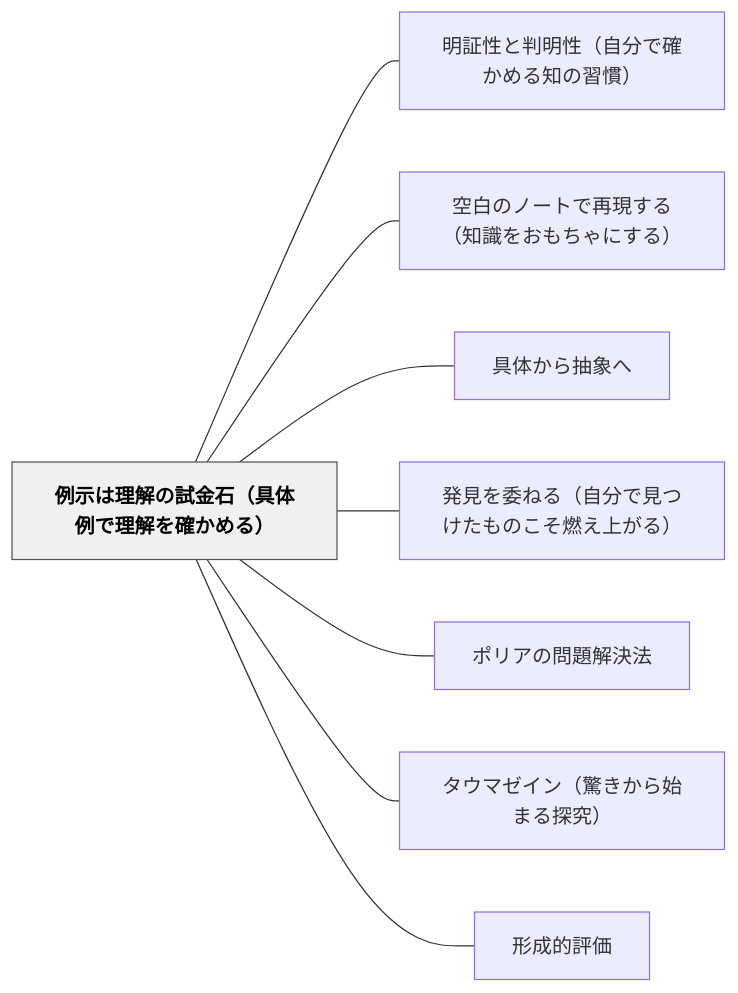
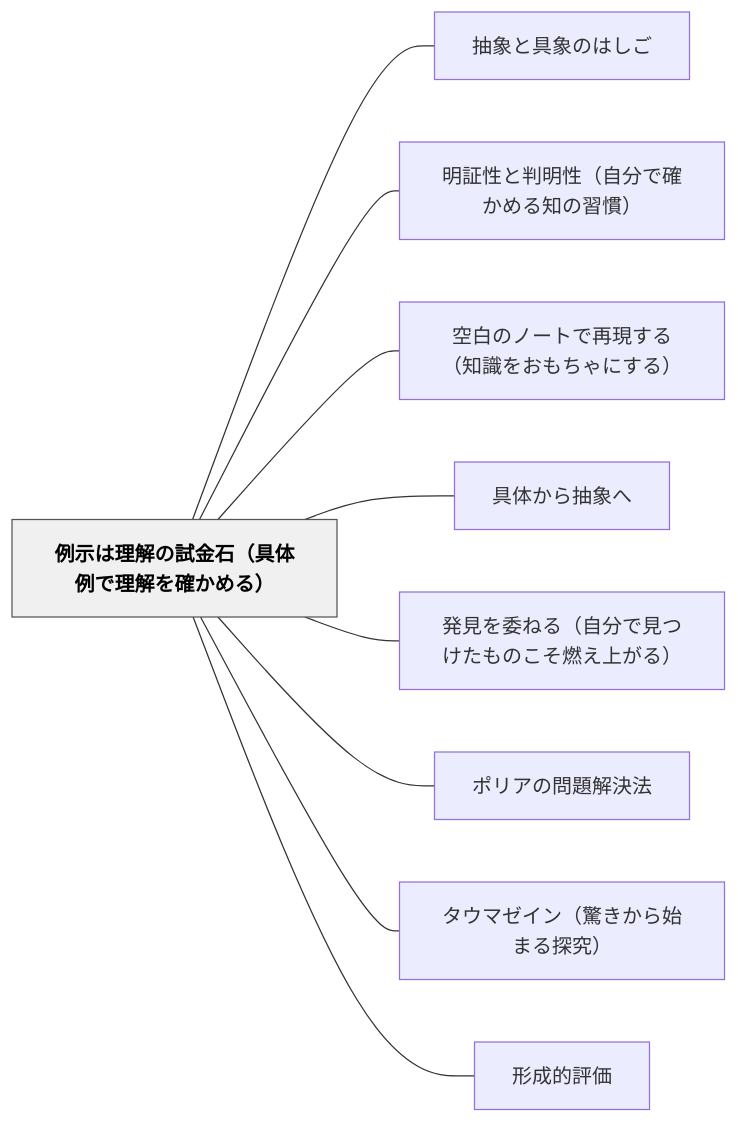
Before and after one commit to unknownthings-ed-patterns/unknownthings-ed-patterns: the diagram in content/パタン/例示は理解の試金石（具体例で理解を確かめる）.md, drawn with Mermaid. The commit also changed other lines of this file and 185 other files, not shown here.

````diff
--- a/content/パタン/例示は理解の試金石（具体例で理解を確かめる）.md
+++ b/content/パタン/例示は理解の試金石（具体例で理解を確かめる）.md
@@ -137,22 +138,24 @@
 ```mermaid
 flowchart LR
     ne4be8be7a4bae381afe79086e8a7a3e381aee8a9a6e98791e79fb3efbc88e585b7e4bd93e4be8be381a7e79086e8a7a3e38292e7a2bae3818be38281e3828befbc89["例示は理解の試金石（具体例で理解を確かめる）"]
+    ne68abde8b1a1e381a8e585b7e8b1a1e381aee381afe38197e38194["抽象と具象のはしご"]
     ne6988ee8a8bce680a7e381a8e588a4e6988ee680a7efbc88e887aae58886e381a7e7a2bae3818be38281e3828be79fa5e381aee7bf92e685a3efbc89["明証性と判明性（自分で確かめる知の習慣）"]
     ne7a9bae799bde381aee3838ee383bce38388e381a7e5868de78fbee38199e3828befbc88e79fa5e8ad98e38292e3818ae38282e381a1e38283e381abe38199e3828befbc89["空白のノートで再現する（知識をおもちゃにする）"]
     ne585b7e4bd93e3818be38289e68abde8b1a1e381b8["具体から抽象へ"]
     ne799bae8a68be38292e5a794e381ade3828befbc88e887aae58886e381a7e8a68be381a4e38191e3819fe38282e381aee38193e3819de78783e38188e4b88ae3818ce3828befbc89["発見を委ねる（自分で見つけたものこそ燃え上がる）"]
     ne3839de383aae382a2e381aee5958fe9a18ce8a7a3e6b1bae6b395["ポリアの問題解決法"]
     ne382bfe382a6e3839ee382bce382a4e383b3efbc88e9a99ae3818de3818be38289e5a78be381bee3828be68ea2e7a9b6efbc89["タウマゼイン（驚きから始まる探究）"]
     ne5bda2e68890e79a84e8a995e4bea1["形成的評価"]
 
+    ne4be8be7a4bae381afe79086e8a7a3e381aee8a9a6e98791e79fb3efbc88e585b7e4bd93e4be8be381a7e79086e8a7a3e38292e7a2bae3818be38281e3828befbc89 --- ne68abde8b1a1e381a8e585b7e8b1a1e381aee381afe38197e38194
     ne4be8be7a4bae381afe79086e8a7a3e381aee8a9a6e98791e79fb3efbc88e585b7e4bd93e4be8be381a7e79086e8a7a3e38292e7a2bae3818be38281e3828befbc89 --- ne6988ee8a8bce680a7e381a8e588a4e6988ee680a7efbc88e887aae58886e381a7e7a2bae3818be38281e3828be79fa5e381aee7bf92e685a3efbc89
     ne4be8be7a4bae381afe79086e8a7a3e381aee8a9a6e98791e79fb3efbc88e585b7e4bd93e4be8be381a7e79086e8a7a3e38292e7a2bae3818be38281e3828befbc89 --- ne7a9bae799bde381aee3838ee383bce38388e381a7e5868de78fbee38199e3828befbc88e79fa5e8ad98e38292e3818ae38282e381a1e38283e381abe38199e3828befbc89
     ne4be8be7a4bae381afe79086e8a7a3e381aee8a9a6e98791e79fb3efbc88e585b7e4bd93e4be8be381a7e79086e8a7a3e38292e7a2bae3818be38281e3828befbc89 --- ne585b7e4bd93e3818be38289e68abde8b1a1e381b8
     ne4be8be7a4bae381afe79086e8a7a3e381aee8a9a6e98791e79fb3efbc88e585b7e4bd93e4be8be381a7e79086e8a7a3e38292e7a2bae3818be38281e3828befbc89 --- ne799bae8a68be38292e5a794e381ade3828befbc88e887aae58886e381a7e8a68be381a4e38191e3819fe38282e381aee38193e3819de78783e38188e4b88ae3818ce3828befbc89
     ne4be8be7a4bae381afe79086e8a7a3e381aee8a9a6e98791e79fb3efbc88e585b7e4bd93e4be8be381a7e79086e8a7a3e38292e7a2bae3818be38281e3828befbc89 --- ne3839de383aae382a2e381aee5958fe9a18ce8a7a3e6b1bae6b395
     ne4be8be7a4bae381afe79086e8a7a3e381aee8a9a6e98791e79fb3efbc88e585b7e4bd93e4be8be381a7e79086e8a7a3e38292e7a2bae3818be38281e3828befbc89 --- ne382bfe382a6e3839ee382bce382a4e383b3efbc88e9a99ae3818de3818be38289e5a78be381bee3828be68ea2e7a9b6efbc89
     ne4be8be7a4bae381afe79086e8a7a3e381aee8a9a6e98791e79fb3efbc88e585b7e4bd93e4be8be381a7e79086e8a7a3e38292e7a2bae3818be38281e3828befbc89 --- ne5bda2e68890e79a84e8a995e4bea1
 
     classDef hub fill:#f0f0f0,stroke:#555,color:#000,font-weight:bold
     class ne4be8be7a4bae381afe79086e8a7a3e381aee8a9a6e98791e79fb3efbc88e585b7e4bd93e4be8be381a7e79086e8a7a3e38292e7a2bae3818be38281e3828befbc89 hub
 ```
````
